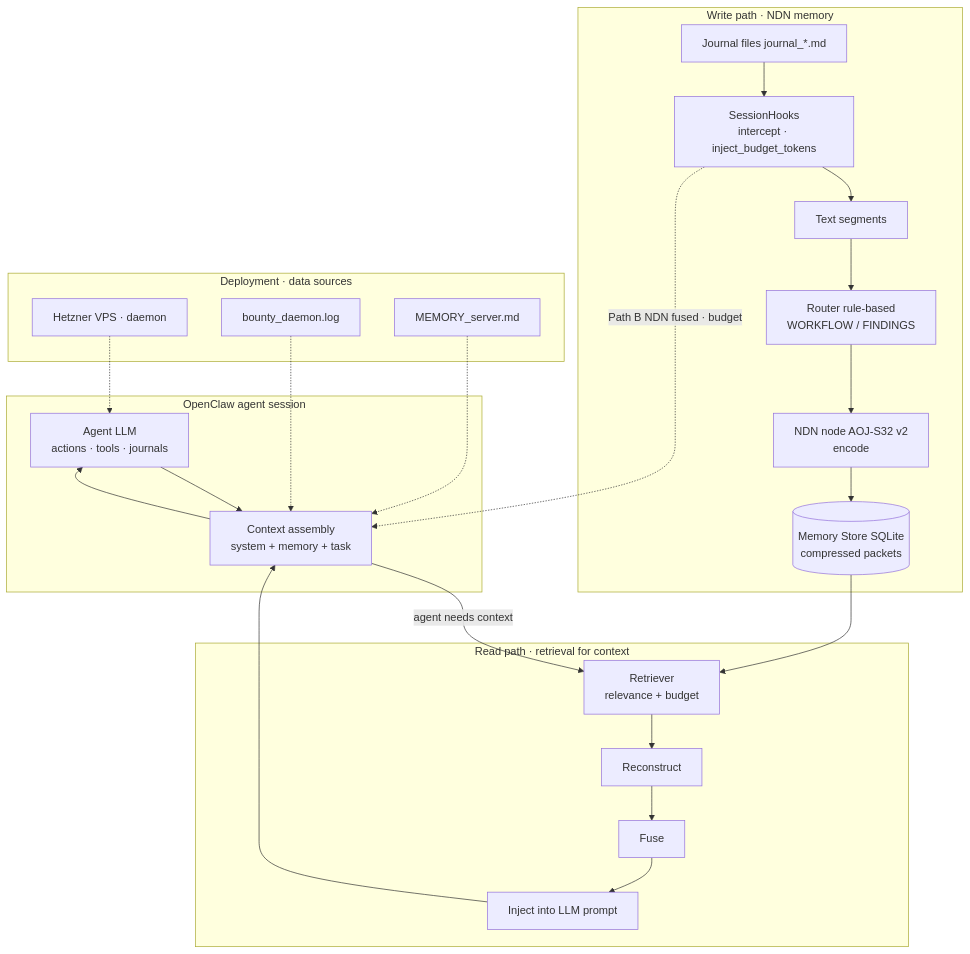
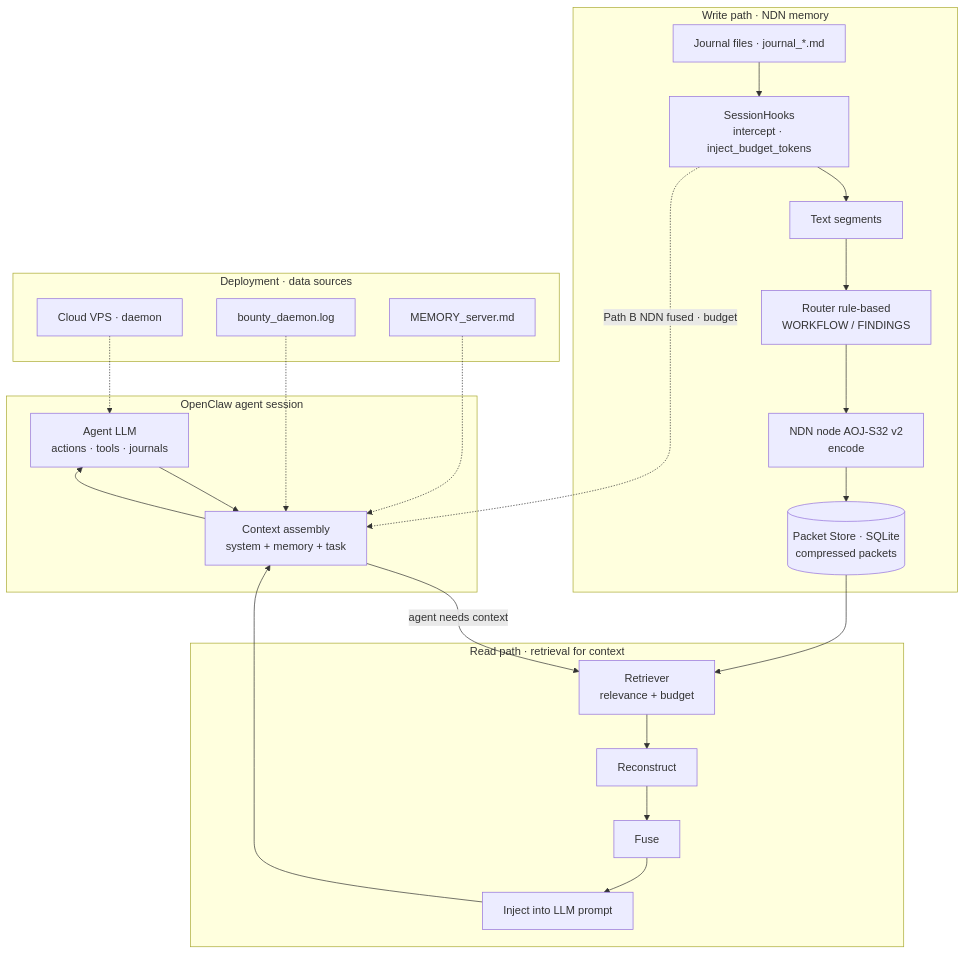
One commit to fabiocti/ndn-blueprint changed the diagram in diagrams/diagram_06_openclaw_integration.md. Above: the diagram before and after it, drawn with Mermaid. The commit also changed other lines of this file and 36 other files, not shown here.

````diff
--- a/diagrams/diagram_06_openclaw_integration.md
+++ b/diagrams/diagram_06_openclaw_integration.md
@@ -11,47 +11,47 @@
 ```mermaid
 flowchart TB
     subgraph AGENT["OpenClaw agent session"]
         LLM["Agent LLM<br/>actions · tools · journals"]
         CTX["Context assembly<br/>system + memory + task"]
         CTX --> LLM
         LLM --> CTX
     end
 
     subgraph INGEST["Write path · NDN memory"]
         SH["SessionHooks<br/>intercept · inject_budget_tokens"]
         SEG["Text segments"]
-        J["Journal files journal_*.md"]
+        J["Journal files · journal_*.md"]
         R["Router rule-based<br/>WORKFLOW / FINDINGS"]
         NODE["NDN node AOJ-S32 v2<br/>encode"]
-        MS[("Memory Store SQLite<br/>compressed packets")]
+        MS[("Packet Store · SQLite<br/>compressed packets")]
 
         J --> SH
         SH --> SEG
         SEG --> R
         R --> NODE
         NODE --> MS
     end
 
     subgraph RETRIEVE["Read path · retrieval for context"]
         RET["Retriever<br/>relevance + budget"]
         REC["Reconstruct"]
         FUSE["Fuse"]
         INJ["Inject into LLM prompt"]
         MS --> RET
         RET --> REC --> FUSE --> INJ
         INJ --> CTX
     end
 
     CTX -->|agent needs context| RET
     SH -.->|"Path B NDN fused · budget"| CTX
 
     subgraph SOURCES["Deployment · data sources"]
-        VPS["Hetzner VPS · daemon"]
+        VPS["Cloud VPS · daemon"]
         LOG["bounty_daemon.log"]
         MEM["MEMORY_server.md"]
     end
 
     VPS -.-> LLM
     LOG -.-> CTX
     MEM -.-> CTX
 ```
````
